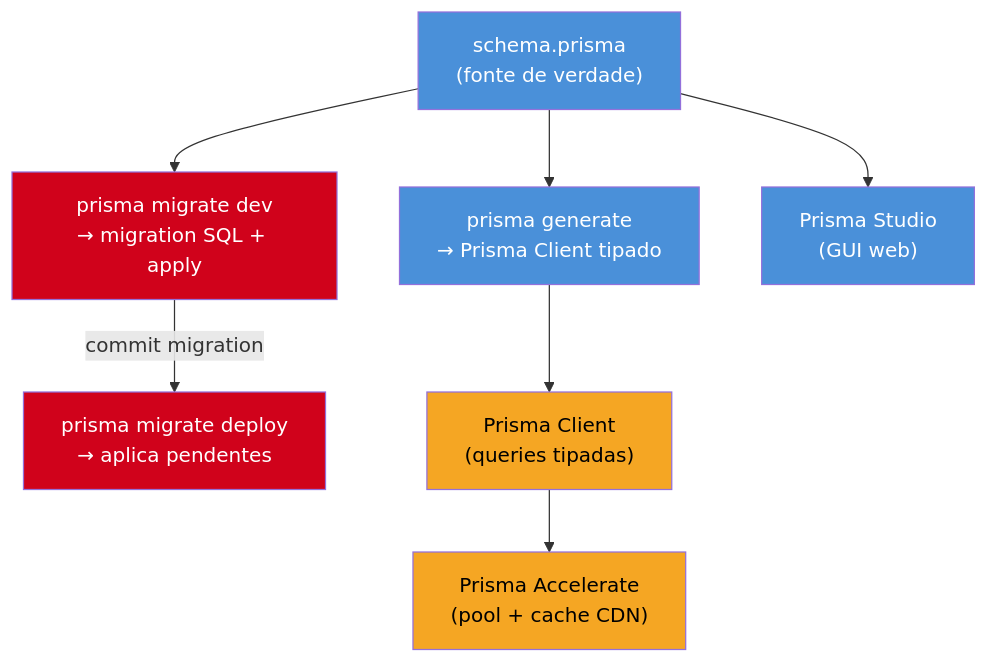
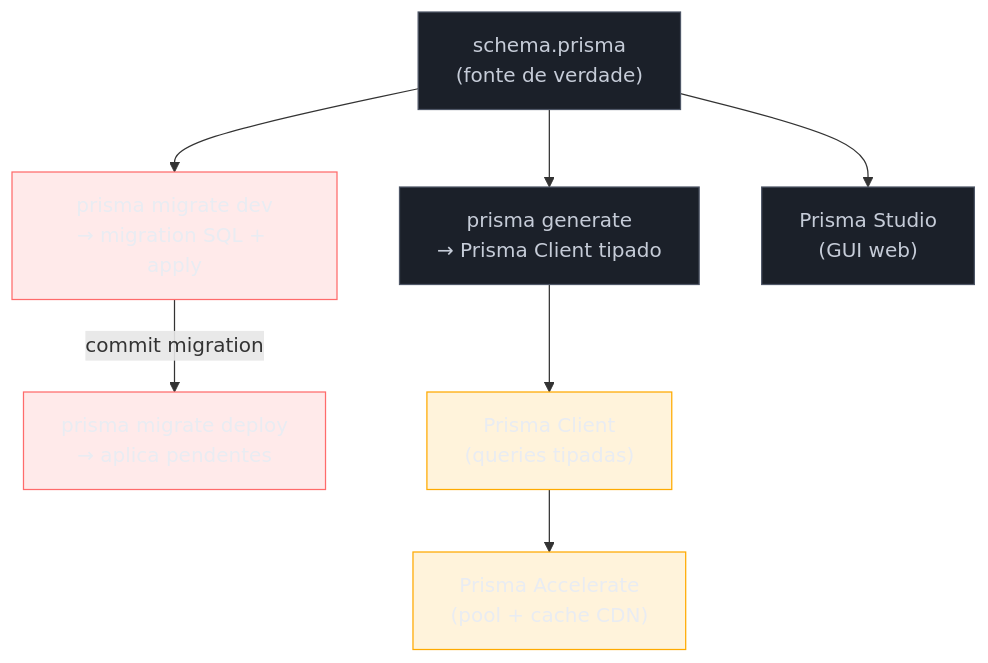
Before and after one commit to josenaldo/codex-technomanticus: the diagram in 03-Dominios/Tecnologia/Node/ORMs e banco de dados/03 - Prisma - schema-first e type safety.md, drawn with Mermaid. The commit also changed 1181 other files, not shown here.

First line of the commit message:
fix(diagramas): paleta do sistema no lugar de cor cravada no markdown

````diff
--- a/03-Dominios/Tecnologia/Node/ORMs e banco de dados/03 - Prisma - schema-first e type safety.md
+++ b/03-Dominios/Tecnologia/Node/ORMs e banco de dados/03 - Prisma - schema-first e type safety.md
@@ -26,25 +26,28 @@
 ```mermaid
 flowchart TD
+    classDef neutro fill:#1B2029,stroke:#4E5666,color:#C6CCD8
+    classDef destaque fill:#FFAA0024,stroke:#FFAA00,color:#E9ECF2
+    classDef falha fill:#FF6B6B24,stroke:#FF6B6B,color:#E9ECF2
     SCHEMA["schema.prisma\n(fonte de verdade)"]
     GEN["prisma generate\n→ Prisma Client tipado"]
     DEV["prisma migrate dev\n→ migration SQL + apply"]
     PROD["prisma migrate deploy\n→ aplica pendentes"]
     CLIENT["Prisma Client\n(queries tipadas)"]
     STUDIO["Prisma Studio\n(GUI web)"]
     ACCEL["Prisma Accelerate\n(pool + cache CDN)"]
 
     SCHEMA --> GEN
     SCHEMA --> DEV
     DEV -->|"commit migration"| PROD
     GEN --> CLIENT
     CLIENT --> ACCEL
     SCHEMA --> STUDIO
 
-    style SCHEMA fill:#4A90D9,color:#fff
-    style GEN fill:#4A90D9,color:#fff
-    style CLIENT fill:#F5A623,color:#000
-    style ACCEL fill:#F5A623,color:#000
-    style DEV fill:#D0021B,color:#fff
-    style PROD fill:#D0021B,color:#fff
-    style STUDIO fill:#4A90D9,color:#fff
+    class SCHEMA neutro
+    class GEN neutro
+    class CLIENT destaque
+    class ACCEL destaque
+    class DEV falha
+    class PROD falha
+    class STUDIO neutro
 ```
````
